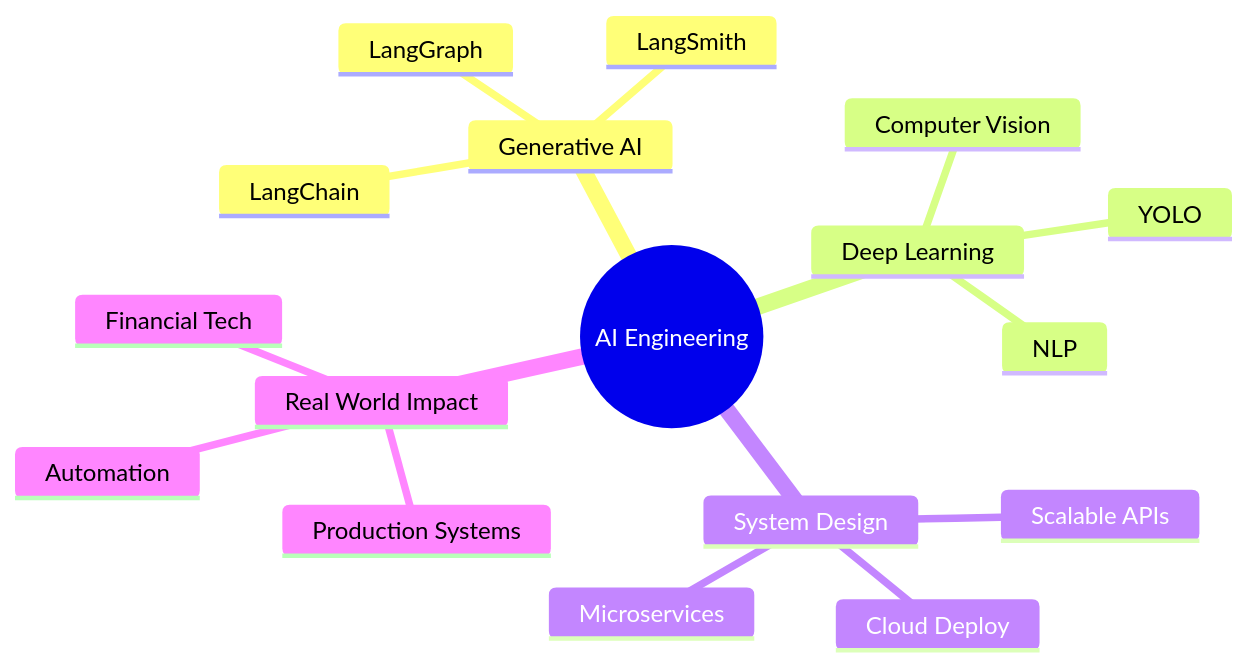
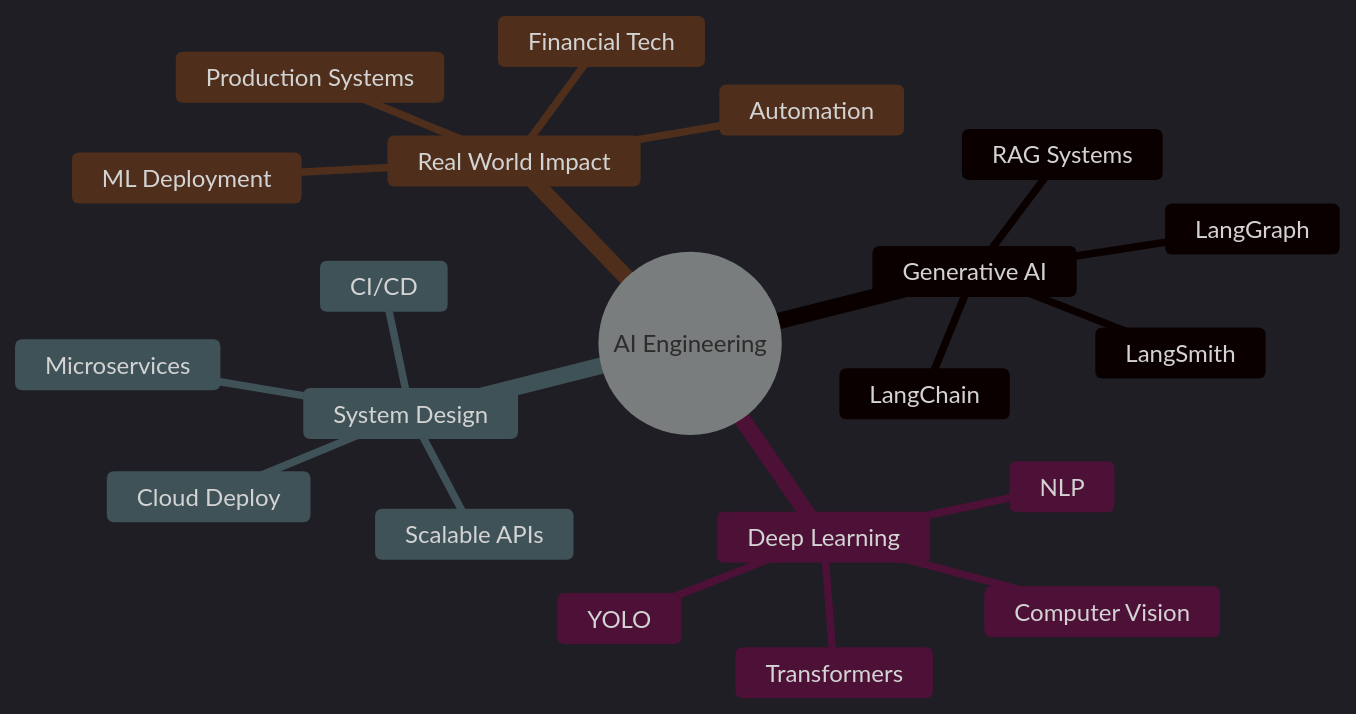
The diagram in README.md (akshaykumar0034/akshaykumar0034), drawn with Mermaid before and after one commit.

Commit message:
Revise README with current focus and activities
Updated current focus section with new topics and activities.

````diff
--- a/README.md
+++ b/README.md
@@ -129,20 +129,25 @@
 ```mermaid
+%%{init: {'theme':'dark'}}%%
 mindmap
   root((AI Engineering))
     Generative AI
       LangGraph
       LangChain
       LangSmith
+      RAG Systems
     Deep Learning
       YOLO
       Computer Vision
       NLP
+      Transformers
     System Design
       Scalable APIs
       Microservices
       Cloud Deploy
+      CI/CD
     Real World Impact
       Financial Tech
       Automation
       Production Systems
+      ML Deployment
 ```
````
